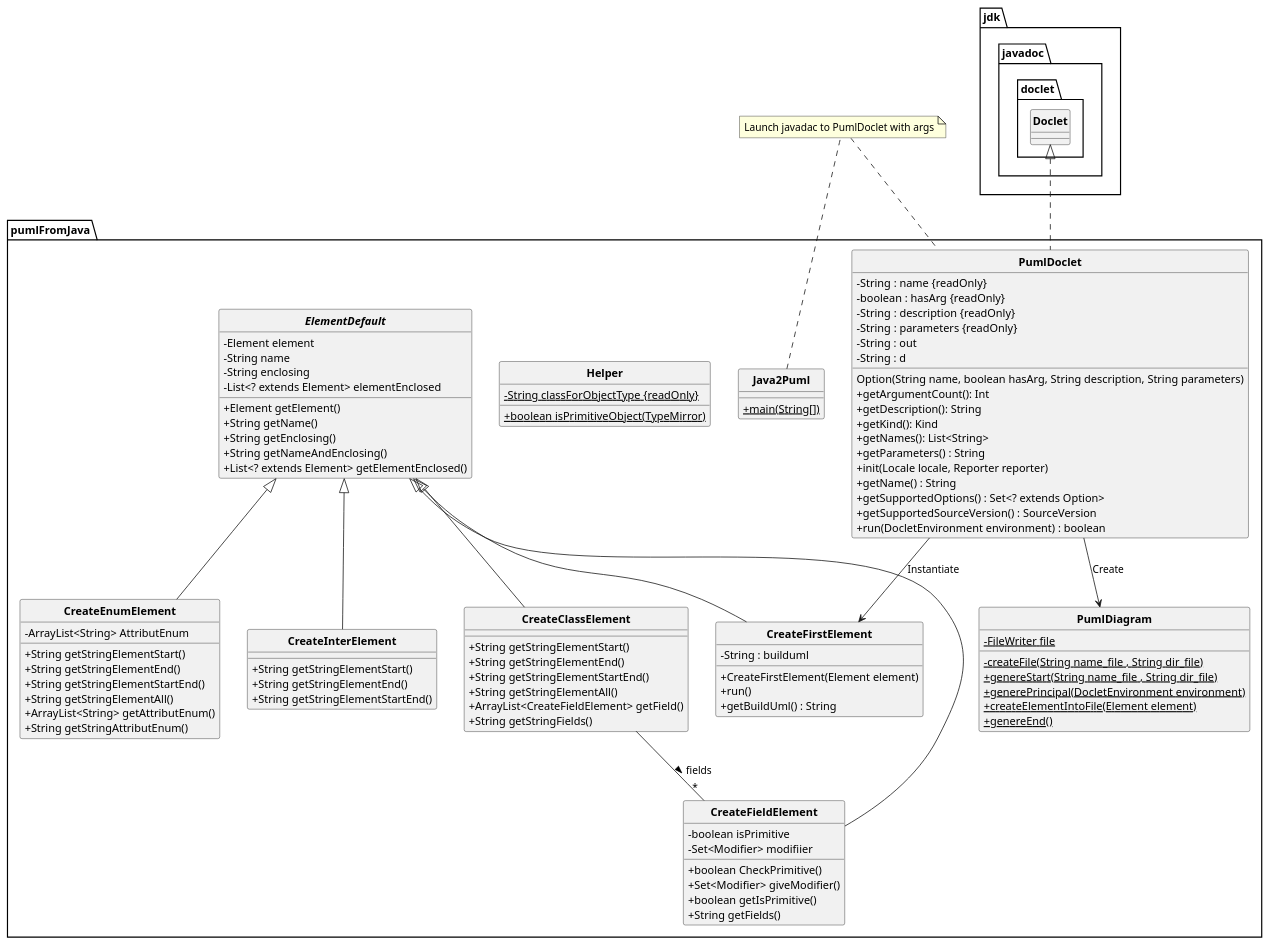
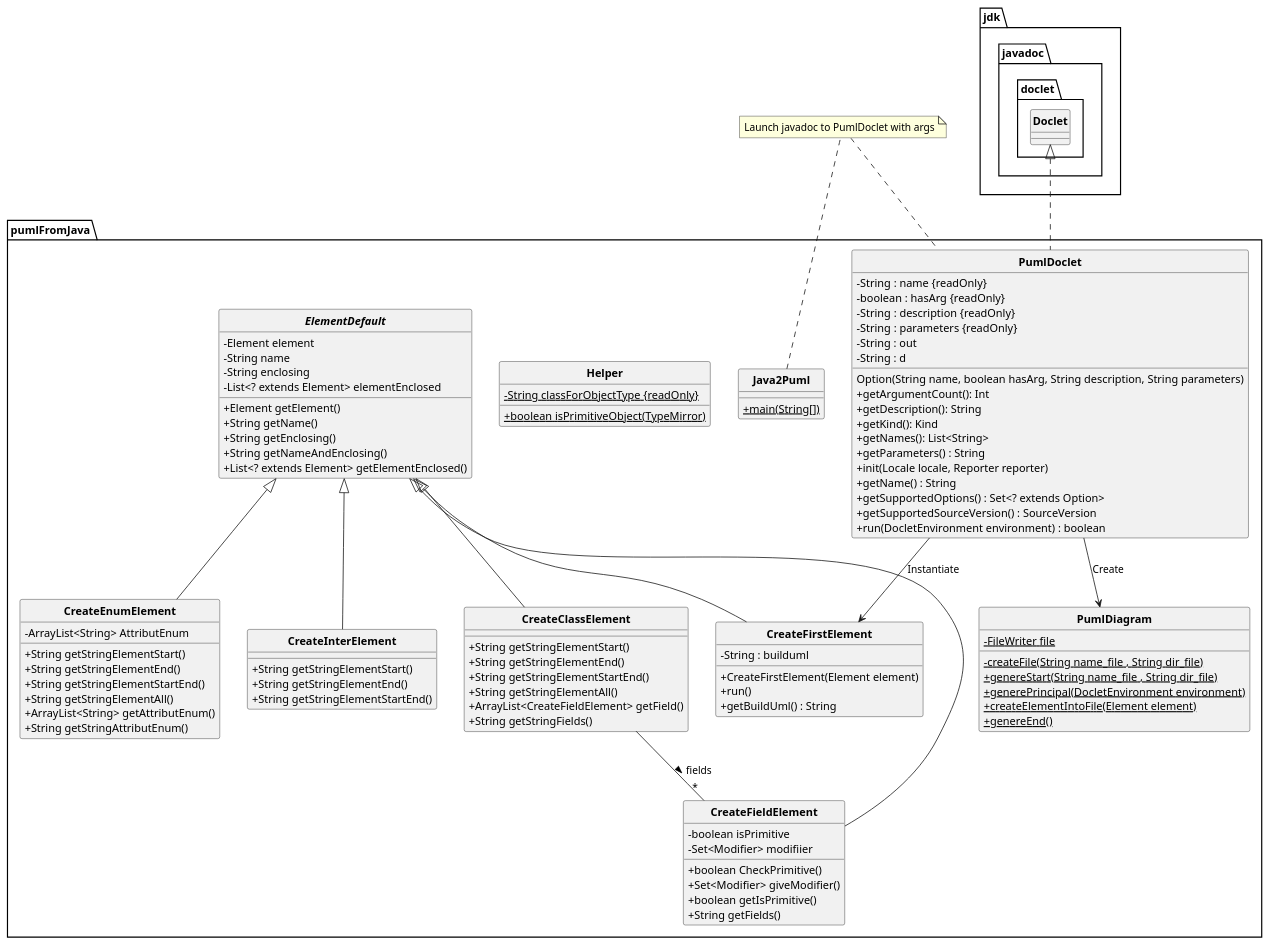
Before and after one commit to Tommot67/PumlFromJava: the diagram in uml/DCCpumlFromJava.puml, drawn with PlantUML. The commit also changed 1 other file, not shown here.

```diff
--- a/uml/DCCpumlFromJava.puml
+++ b/uml/DCCpumlFromJava.puml
@@ -1,137 +1,137 @@
 @startuml
 'https://plantuml.com/class-diagram
 skinparam classAttributeIconSize 0
 skinparam classFontStyle Bold
 skinparam style strictuml
 package "pumlFromJava"
 {
     class PumlDoclet
     {
         -String : name {readOnly}
         -boolean : hasArg {readOnly}
         -String : description {readOnly}
         -String : parameters {readOnly}
         -String : out
         -String : d
 
 
         Option(String name, boolean hasArg, String description, String parameters)
         +getArgumentCount(): Int
         +getDescription(): String
         +getKind(): Kind
         +getNames(): List<String>
         +getParameters() : String
         +init(Locale locale, Reporter reporter)
         +getName() : String
         +getSupportedOptions() : Set<? extends Option>
         +getSupportedSourceVersion() : SourceVersion
         +run(DocletEnvironment environment) : boolean
 
     }
     class Java2Puml
     {
         + {static} main(String[])
 
     }
     class PumlDiagram
     {
         -FileWriter file {static}
         -createFile(String name_file , String dir_file) {static}
         +genereStart(String name_file , String dir_file)  {static}
         +generePrincipal(DocletEnvironment environment) {static}
         +createElementIntoFile(Element element) {static}
         +genereEnd() {static}
     }
 
     class CreateFirstElement
     {
         -String : builduml
 
         +CreateFirstElement(Element element)
         +run()
         +getBuildUml() : String
     }
     PumlDoclet --> PumlDiagram : "Create"
     PumlDoclet --> CreateFirstElement : "Instantiate"
 
 
 
 }
 class pumlFromJava.Helper {
 - {static} String classForObjectType {readOnly}
 + {static} boolean isPrimitiveObject(TypeMirror) {static}
 }
 
 class pumlFromJava.CreateInterElement {
 + String getStringElementStart()
 + String getStringElementEnd()
 + String getStringElementStartEnd()
 }
 
 class pumlFromJava.CreateClassElement {
 + String getStringElementStart()
 + String getStringElementEnd()
 + String getStringElementStartEnd()
 + String getStringElementAll()
 + ArrayList<CreateFieldElement> getField()
 + String getStringFields()
 }
 
 class pumlFromJava.CreateFieldElement {
 - boolean isPrimitive
 - Set<Modifier> modifiier
 + boolean CheckPrimitive()
 + Set<Modifier> giveModifier()
 + boolean getIsPrimitive()
 + String getFields()
 }
 
 
 abstract class pumlFromJava.ElementDefault {
 - Element element
 - String name
 - String enclosing
 - List<? extends Element> elementEnclosed
 + Element getElement()
 + String getName()
 + String getEnclosing()
 + String getNameAndEnclosing()
 + List<? extends Element> getElementEnclosed()
 }
 
 class pumlFromJava.CreateEnumElement {
 - ArrayList<String> AttributEnum
 + String getStringElementStart()
 + String getStringElementEnd()
 + String getStringElementStartEnd()
 + String getStringElementAll()
 + ArrayList<String> getAttributEnum()
 + String getStringAttributEnum()
 }
 
 jdk.javadoc.doclet.Doclet <|.. pumlFromJava.PumlDoclet
 pumlFromJava.ElementDefault <|-- pumlFromJava.CreateInterElement
 pumlFromJava.ElementDefault <|-- pumlFromJava.CreateClassElement
 pumlFromJava.ElementDefault <|-- pumlFromJava.CreateFieldElement
 pumlFromJava.ElementDefault <|-- pumlFromJava.CreateEnumElement
 pumlFromJava.ElementDefault <|-- pumlFromJava.CreateFirstElement
 
 CreateClassElement -- "*" CreateFieldElement : > fields
 
 'Java2Puml --> JavaDoc : "Use"'
 
-note "Launch javadac to PumlDoclet with args" as N2
+note "Launch javadoc to PumlDoclet with args" as N2
 Java2Puml .. N2
 N2 .. PumlDoclet
 
 /'interface Doclet {
     + init(locale : Locale, reporter : Reporter)
     + getName() : String
     + SourceVersion getSupportedSourceVersion()
     + run(environment : DocletEnvironment) : Boolean
 }'/
 
 
 
 
 @enduml
```
